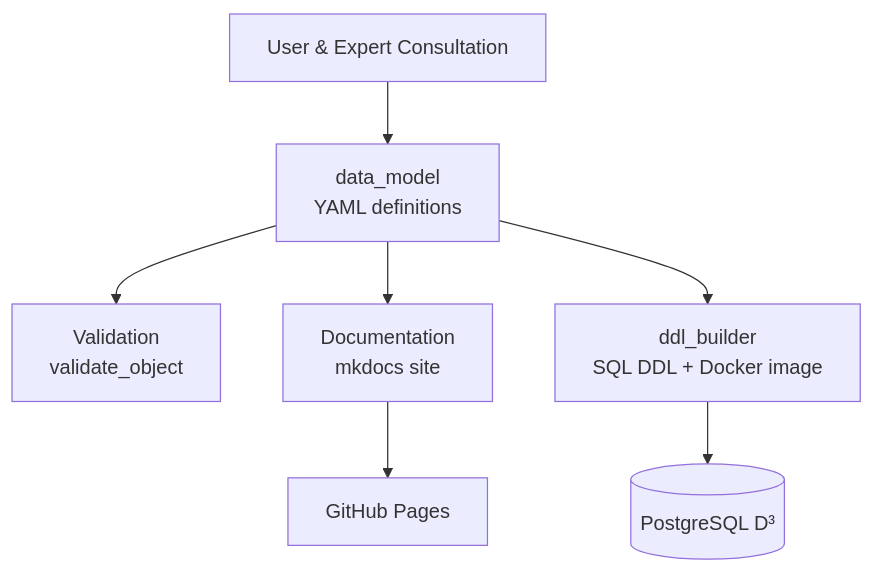
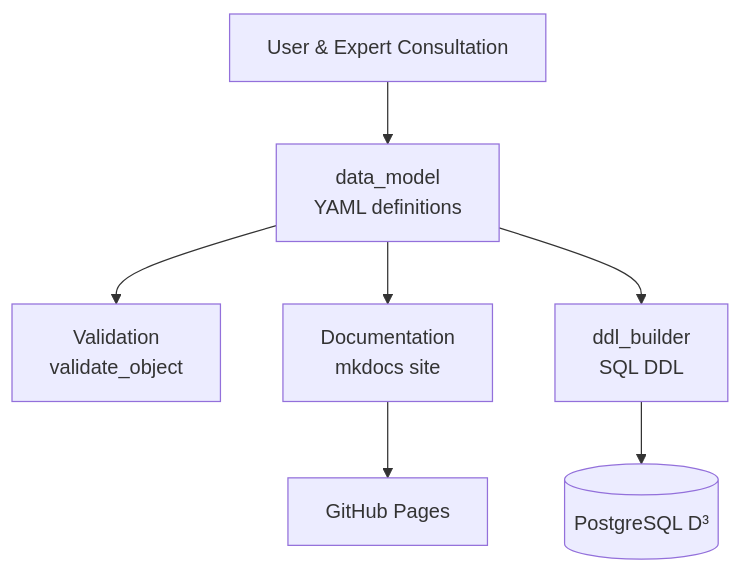
One commit to UBC-DERC/data_model changed the diagram in DESIGN.md. Above: the diagram before and after it, drawn with Mermaid. The commit also changed other lines of this file, not shown here.

````diff
--- a/DESIGN.md
+++ b/DESIGN.md
@@ -58,9 +79,9 @@
 ```mermaid
 flowchart TD
     consult[User & Expert Consultation] --> model[data_model<br/>YAML definitions]
     model --> validate[Validation<br/>validate_object]
     model --> docs[Documentation<br/>mkdocs site]
-    model --> ddl[ddl_builder<br/>SQL DDL + Docker image]
+    model --> ddl[ddl_builder<br/>SQL DDL]
     ddl --> db[(PostgreSQL D³)]
     docs --> site[GitHub Pages]
 ```
````
